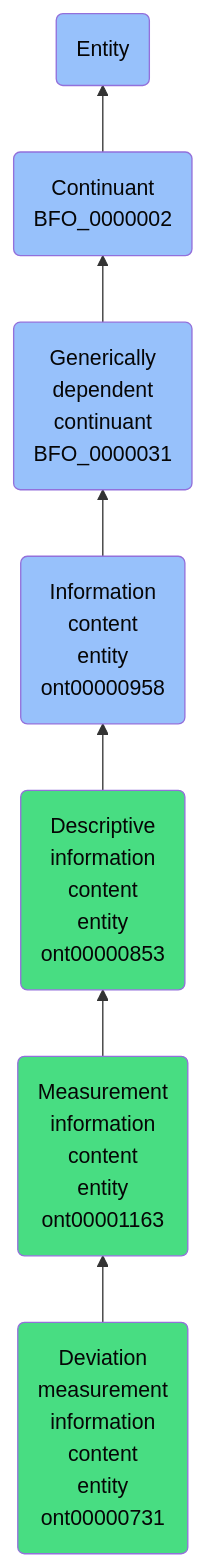
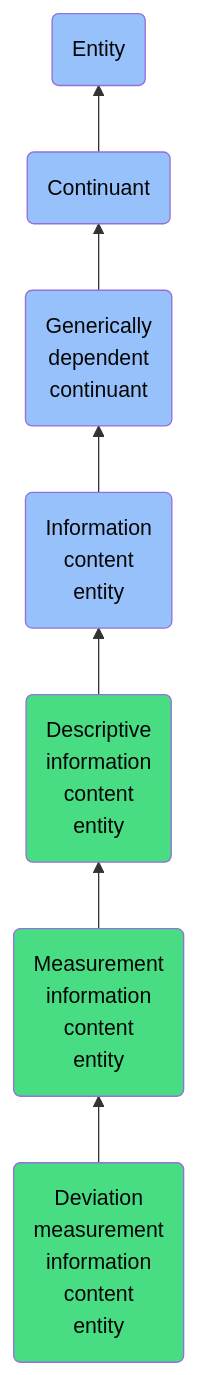
Before and after one commit to jupyter-naas/abi: the diagram in docs/ontology/reference/model/Entity/Continuant/Generically dependent continuant/Information content entity/Descriptive information content entity/Measurement information content entity/Deviation measurement information content entity/Deviation measurement information content entity.md, drawn with Mermaid. The commit also changed other lines of this file and 1430 other files, not shown here.

````diff
--- a/docs/ontology/reference/model/Entity/Continuant/Generically dependent continuant/Information content entity/Descriptive information content entity/Measurement information content entity/Deviation measurement information content entity/Deviation measurement information content entity.md
+++ b/docs/ontology/reference/model/Entity/Continuant/Generically dependent continuant/Information content entity/Descriptive information content entity/Measurement information content entity/Deviation measurement information content entity/Deviation measurement information content entity.md
@@ -29,14 +29,14 @@
 ```mermaid
 graph BT
-    ont00000731(Deviation<br>measurement<br>information<br>content<br>entity<br>ont00000731):::ABI-->ont00001163
-    ont00001163(Measurement<br>information<br>content<br>entity<br>ont00001163):::ABI-->ont00000853
-    ont00000853(Descriptive<br>information<br>content<br>entity<br>ont00000853):::ABI-->ont00000958
-    ont00000958(Information<br>content<br>entity<br>ont00000958):::BFO-->BFO_0000031
-    BFO_0000031(Generically<br>dependent<br>continuant<br>BFO_0000031):::BFO-->BFO_0000002
-    BFO_0000002(Continuant<br>BFO_0000002):::BFO-->BFO_0000001
+    ont00000731(Deviation<br>measurement<br>information<br>content<br>entity):::ABI-->ont00001163
+    ont00001163(Measurement<br>information<br>content<br>entity):::ABI-->ont00000853
+    ont00000853(Descriptive<br>information<br>content<br>entity):::ABI-->ont00000958
+    ont00000958(Information<br>content<br>entity):::BFO-->BFO_0000031
+    BFO_0000031(Generically<br>dependent<br>continuant):::BFO-->BFO_0000002
+    BFO_0000002(Continuant):::BFO-->BFO_0000001
     BFO_0000001(Entity):::BFO
     
     classDef BFO fill:#97c1fb,color:#060606
     classDef CCO fill:#e4c51e,color:#060606
     classDef ABI fill:#48DD82,color:#060606
 ```
````
